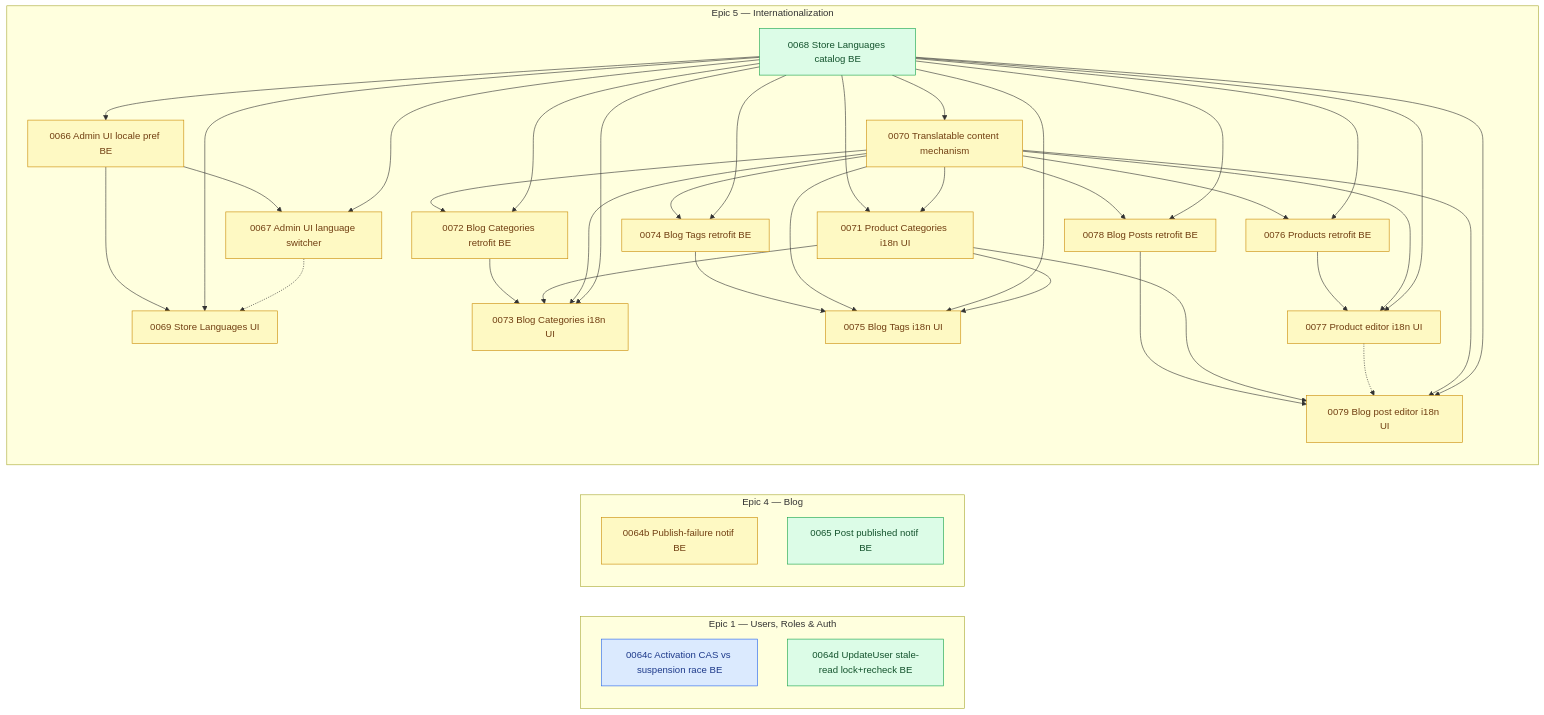
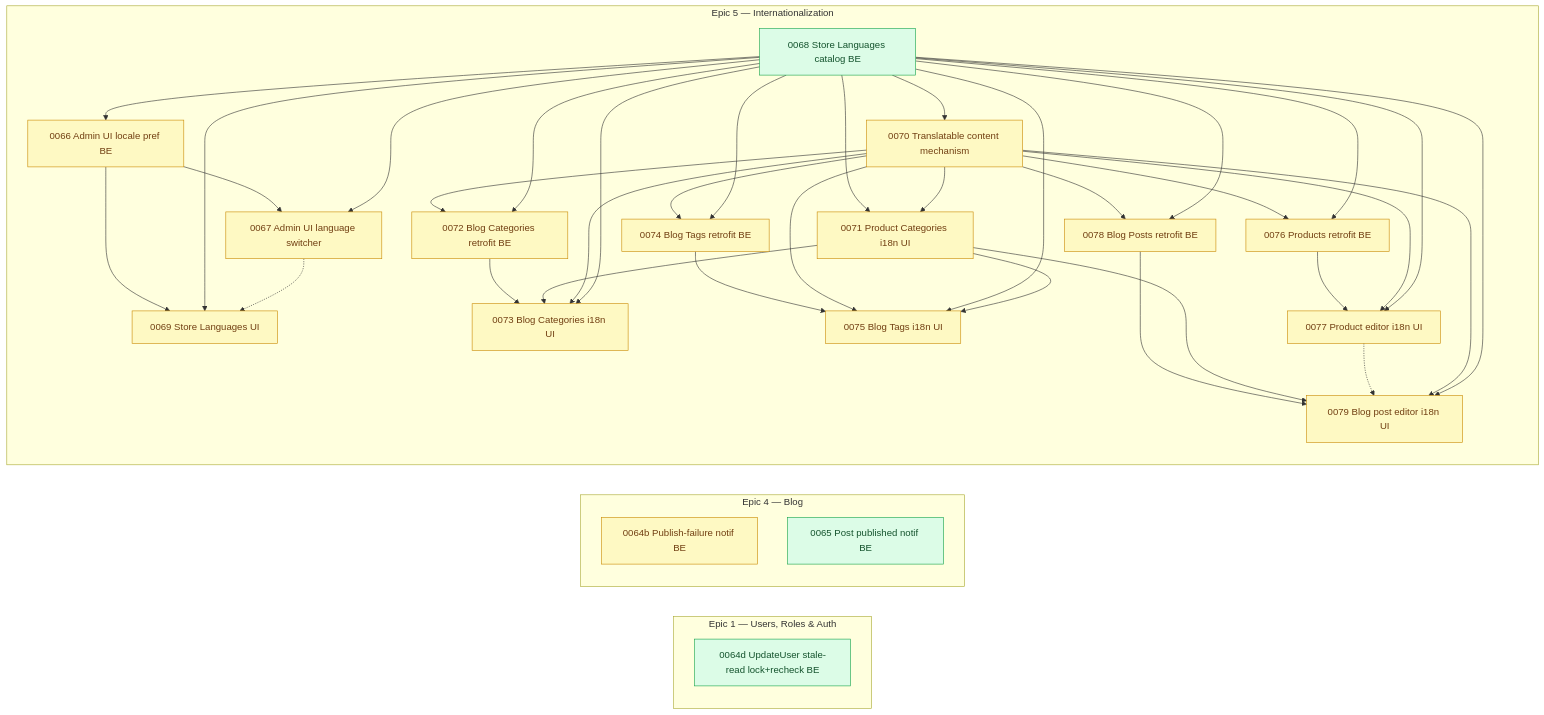
The diagram in arospe/ai-spec/tasks-map.md (shojen/AI4Devs-finalproject), drawn with Mermaid before and after one commit. The commit also changed other lines of this file and 5 other files, not shown here.

````diff
--- a/arospe/ai-spec/tasks-map.md
+++ b/arospe/ai-spec/tasks-map.md
@@ -287,7 +302,6 @@
 
     subgraph PEND_AUTH["Epic 1 — Users, Roles & Auth"]
         direction TB
-        P0064c["0064c Activation CAS vs suspension race BE"]
         P0064d["0064d UpdateUser stale-read lock+recheck BE"]
     end
 
@@ -383,5 +397,4 @@
 
     class P0064b,P0066,P0067,P0069,P0070,P0071,P0072,P0073,P0074,P0075,P0076,P0077,P0078,P0079 pending;
     class P0065,P0068,P0064d ready;
-    class P0064c claimed;
 ```
````
